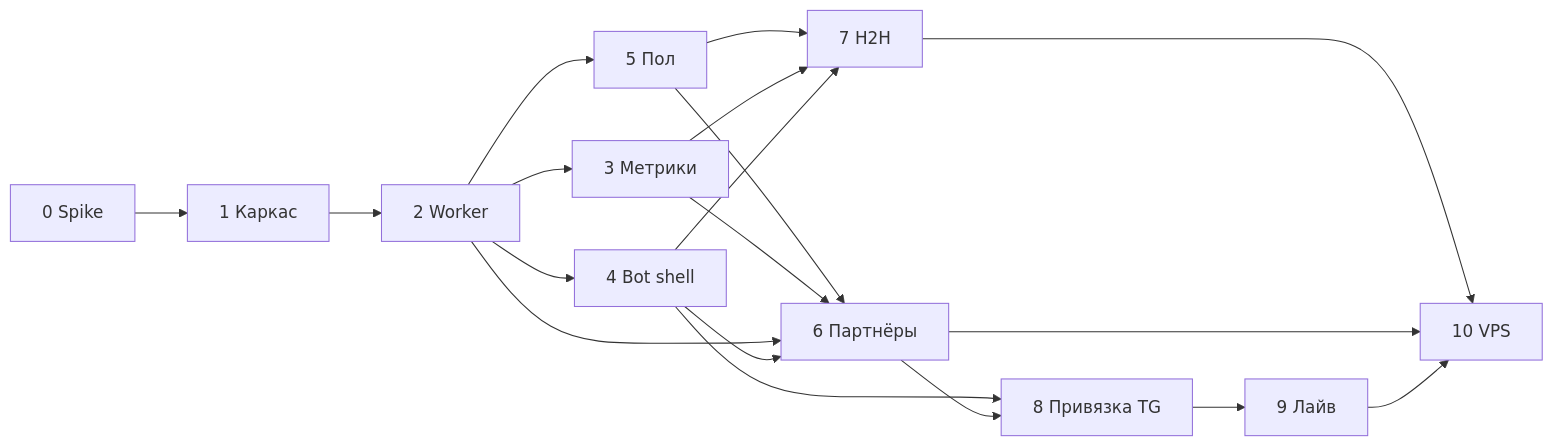
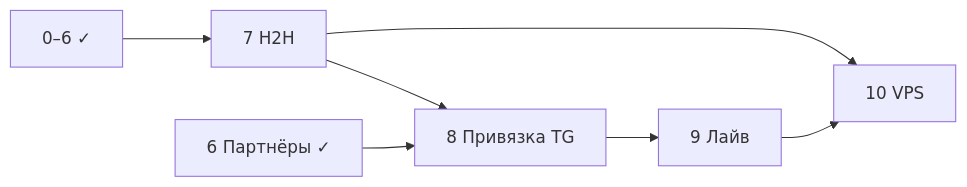
Before and after one commit to aleksandrlk751/badminton-lab-tg-bot: the diagram in docs/PLAN.md, drawn with Mermaid. The commit also changed other lines of this file and 17 other files, not shown here.

````diff
--- a/docs/PLAN.md
+++ b/docs/PLAN.md
@@ -387,21 +158,9 @@
 ```mermaid
 flowchart LR
-  E0[0 Spike] --> E1[1 Каркас]
-  E1 --> E2[2 Worker]
-  E2 --> E3[3 Метрики]
-  E2 --> E4[4 Bot shell]
-  E2 --> E5[5 Пол]
-  E5 --> E6[6 Партнёры]
-  E3 --> E6
-  E2 --> E6
-  E4 --> E6
-  E5 --> E7[7 H2H]
-  E3 --> E7
-  E4 --> E7
-  E4 --> E8[8 Привязка TG]
-  E6 --> E8
+  E0[0–6 ✓] --> E7[7 H2H]
+  E7 --> E8[8 Привязка TG]
+  E6[6 Партнёры ✓] --> E8
   E8 --> E9[9 Лайв]
   E7 --> E10[10 VPS]
-  E6 --> E10
   E9 --> E10
 ```
````
